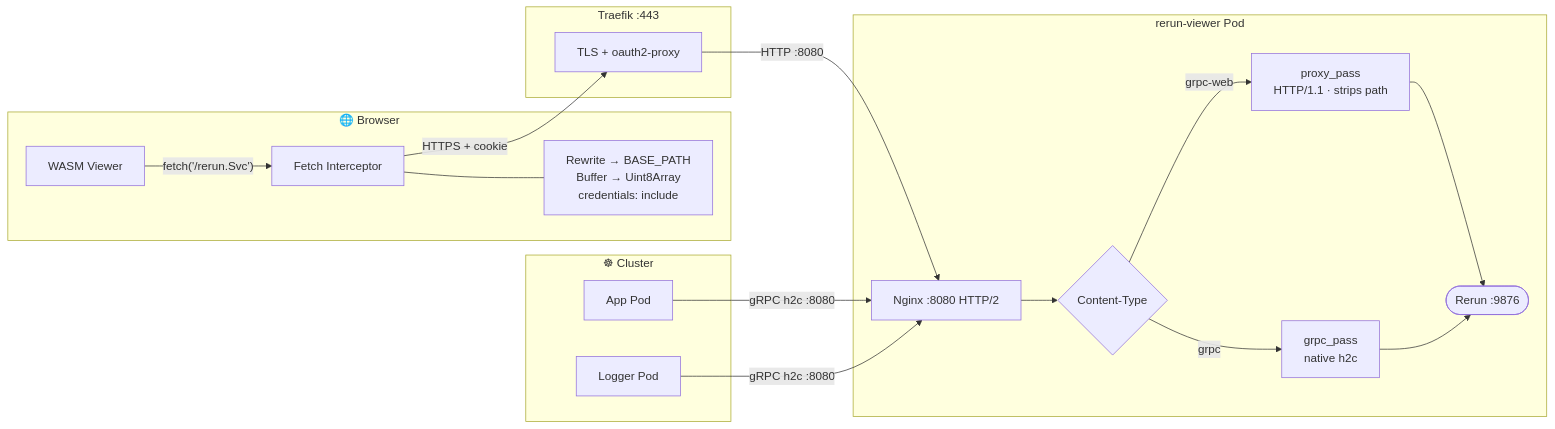
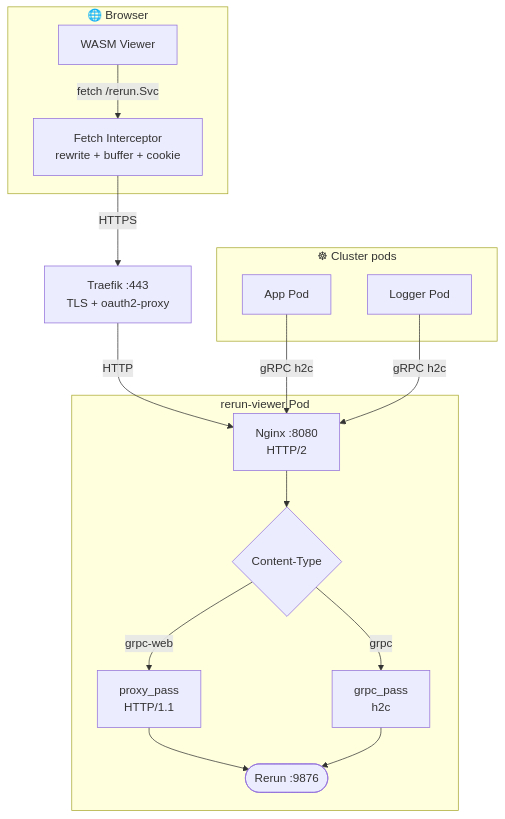
Before and after one commit to wandelbotsgmbh/rerun-gateway: the first of 2 diagrams in README.md, drawn with Mermaid.

Commit message:
docs: orient architecture diagram top-down to fit gitlab width

````diff
--- a/README.md
+++ b/README.md
@@ -22,29 +22,26 @@
 ```mermaid
-flowchart LR
+flowchart TB
     subgraph BROWSER["🌐 Browser"]
-        WASM["WASM Viewer"] -->|"fetch('/rerun.Svc')"| FETCH["Fetch Interceptor"]
-        FETCH --- NOTE["Rewrite → BASE_PATH<br/>Buffer → Uint8Array<br/>credentials: include"]
+        WASM["WASM Viewer"] -->|"fetch /rerun.Svc"| FETCH["Fetch Interceptor<br/>rewrite + buffer + cookie"]
     end
 
-    subgraph INGRESS["Traefik :443"]
-        TLS["TLS + oauth2-proxy"]
-    end
-
-    subgraph PODS["☸ Cluster"]
+    subgraph PODS["☸ Cluster pods"]
         APP["App Pod"]
         LOGGER["Logger Pod"]
     end
 
+    TLS["Traefik :443<br/>TLS + oauth2-proxy"]
+
     subgraph VIEWER["rerun-viewer Pod"]
-        NGINX["Nginx :8080 HTTP/2"] --> MAP{"Content-Type"}
-        MAP -->|"grpc-web"| WEB["proxy_pass<br/>HTTP/1.1 · strips path"]
-        MAP -->|"grpc"| NATIVE["grpc_pass<br/>native h2c"]
+        NGINX["Nginx :8080<br/>HTTP/2"] --> MAP{"Content-Type"}
+        MAP -->|"grpc-web"| WEB["proxy_pass<br/>HTTP/1.1"]
+        MAP -->|"grpc"| NATIVE["grpc_pass<br/>h2c"]
         WEB --> RERUN(["Rerun :9876"])
         NATIVE --> RERUN
     end
 
-    FETCH -->|"HTTPS + cookie"| TLS
-    TLS -->|"HTTP :8080"| NGINX
-    APP -->|"gRPC h2c :8080"| NGINX
-    LOGGER -->|"gRPC h2c :8080"| NGINX
+    FETCH -->|"HTTPS"| TLS
+    TLS -->|"HTTP"| NGINX
+    APP -->|"gRPC h2c"| NGINX
+    LOGGER -->|"gRPC h2c"| NGINX
 ```
````
